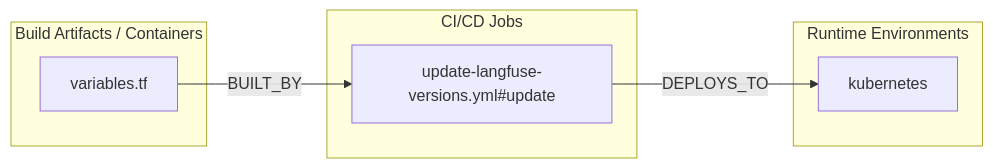
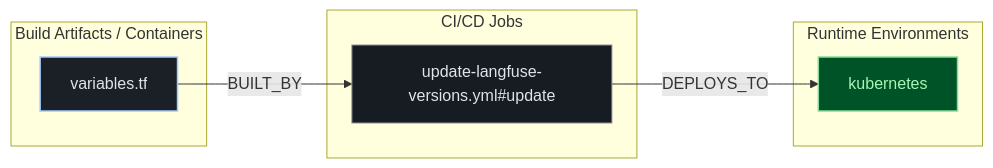
One commit to kumarshaz/atruss-code-atlas changed the second of 3 diagrams in exports/latest/reports/langfuse-langfuse-terraform-aws-report.md. Above: the diagram before and after it, drawn with Mermaid. The commit also changed other lines of this file and 331 other files, not shown here.

Commit message:
docs,ui,fix: update SDLC docs, reorder CI/CD DAG first, stylize Mermaid, and fix Arc42 pipeline topology

````diff
--- a/exports/latest/reports/langfuse-langfuse-terraform-aws-report.md
+++ b/exports/latest/reports/langfuse-langfuse-terraform-aws-report.md
@@ -137,14 +144,18 @@
 ```mermaid
 flowchart LR
+    classDef atlasCategory fill:#212428,stroke:#E87A48,stroke-width:1.5px,color:#dfe3eb
+    classDef atlasWorkflow fill:#1b2026,stroke:#a3c9ff,stroke-width:1.5px,color:#dfe3eb
+    classDef atlasJob fill:#171c22,stroke:#8d9199,stroke-width:1px,color:#dfe3eb
+    classDef atlasTarget fill:#005227,stroke:#8bd99b,stroke-width:1.5px,color:#a7f6b6
     subgraph build_artifacts["Build Artifacts / Containers"]
-        art_variables_tf["variables.tf"]
+        art_variables_tf["variables.tf"]:::atlasWorkflow
     end
     subgraph ci_jobs["CI/CD Jobs"]
-        job_update_langfuse_versions_yml_update["update-langfuse-versions.yml#update"]
+        job_update_langfuse_versions_yml_update["update-langfuse-versions.yml#update"]:::atlasJob
     end
     subgraph runtime_envs["Runtime Environments"]
-        env_kubernetes["kubernetes"]
+        env_kubernetes["kubernetes"]:::atlasTarget
     end
     job_update_langfuse_versions_yml_update -->|DEPLOYS_TO| env_kubernetes
     art_variables_tf -->|BUILT_BY| job_update_langfuse_versions_yml_update
 ```
````
